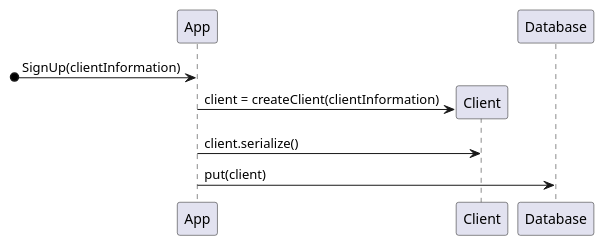
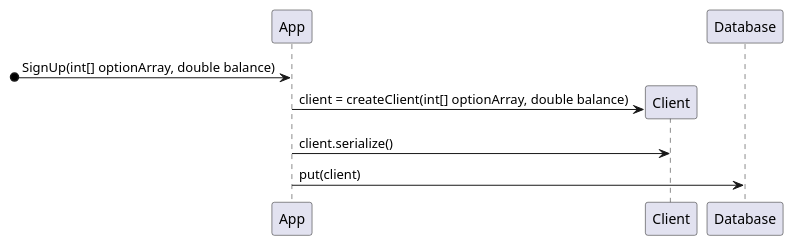
One commit to TwanSchoonen/Networking2018 changed the diagram in Diagrams/registerClient.org. Above: the diagram before and after it, drawn with PlantUML. The commit also changed 16 other files, not shown here.

```diff
--- a/Diagrams/registerClient.org
+++ b/Diagrams/registerClient.org
@@ -1,9 +1,9 @@
 #+begin_src plantuml :file registerClient.png
 @startuml
-[o->App : SignUp(clientInformation)
+[o->App : SignUp(int[] optionArray, double balance)
 create "Client"
-App -> Client : client = createClient(clientInformation)
+App -> Client : client = createClient(int[] optionArray, double balance)
 App -> Client : client.serialize()
 App -> Database : put(client)
 @enduml
 #+END_SRC
```
